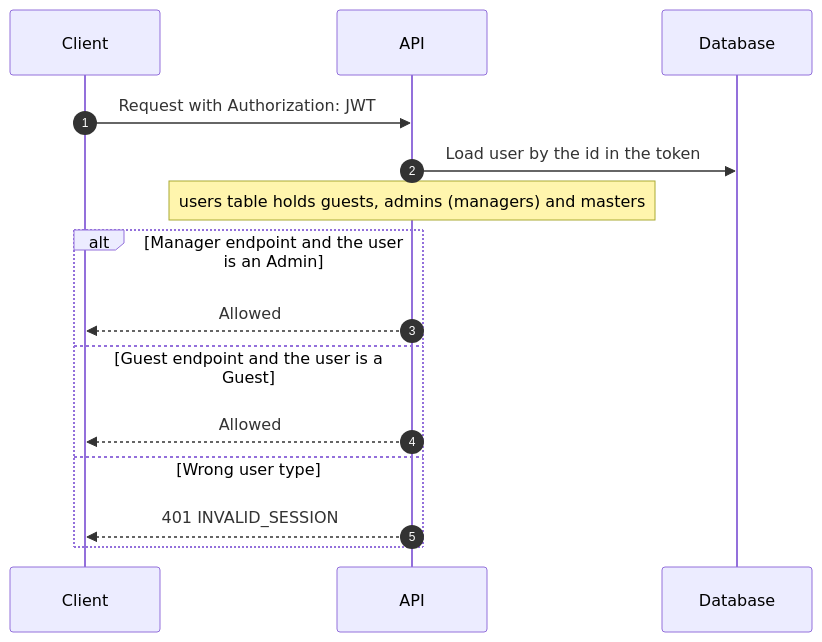
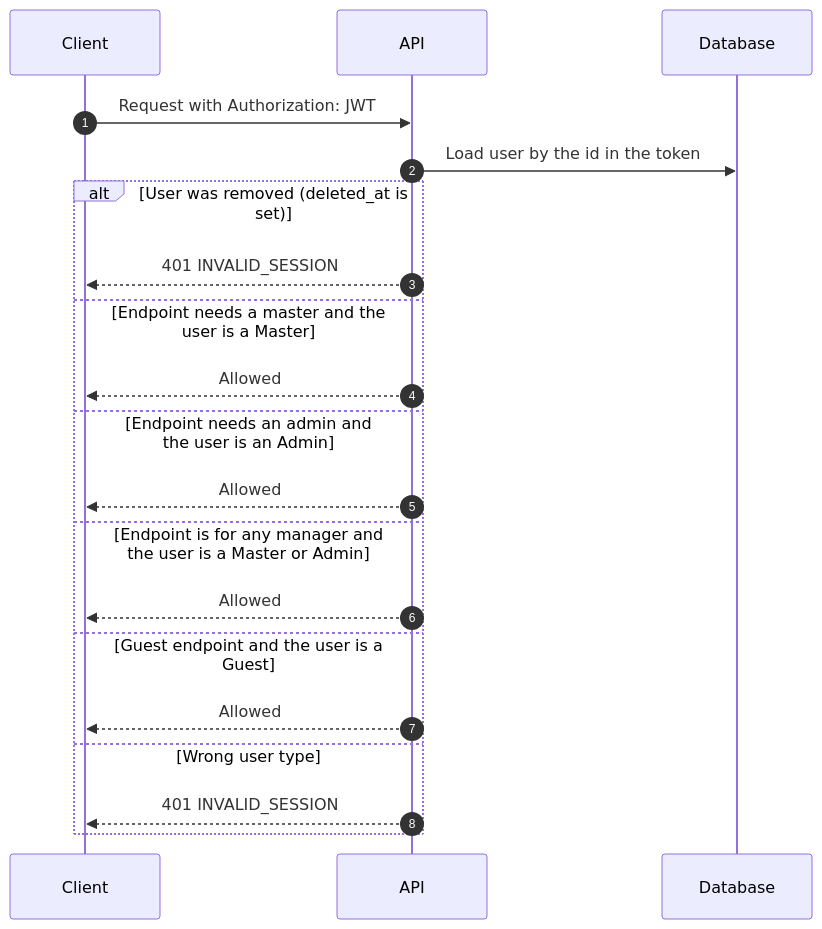
Before and after one commit to jvcarpena/cozi-app-be: the fourth of 4 diagrams in documentations/Manager/Auth.md, drawn with Mermaid. The commit also changed other lines of this file and 27 other files, not shown here.

First line of the commit message:
feat: Manager sign up creates a master; admins and masters share auth

````diff
--- a/documentations/Manager/Auth.md
+++ b/documentations/Manager/Auth.md
@@ -98,18 +127,23 @@
 ```mermaid
 sequenceDiagram
     autonumber
     participant C as Client
     participant A as API
     participant D as Database
 
     C->>A: Request with Authorization: JWT
     A->>D: Load user by the id in the token
-    Note over A: users table holds guests, admins (managers) and masters
-    alt Manager endpoint and the user is an Admin
+    alt User was removed (deleted_at is set)
+        A-->>C: 401 INVALID_SESSION
+    else Endpoint needs a master and the user is a Master
+        A-->>C: Allowed
+    else Endpoint needs an admin and the user is an Admin
+        A-->>C: Allowed
+    else Endpoint is for any manager and the user is a Master or Admin
         A-->>C: Allowed
     else Guest endpoint and the user is a Guest
         A-->>C: Allowed
     else Wrong user type
         A-->>C: 401 INVALID_SESSION
     end
 ```
````
